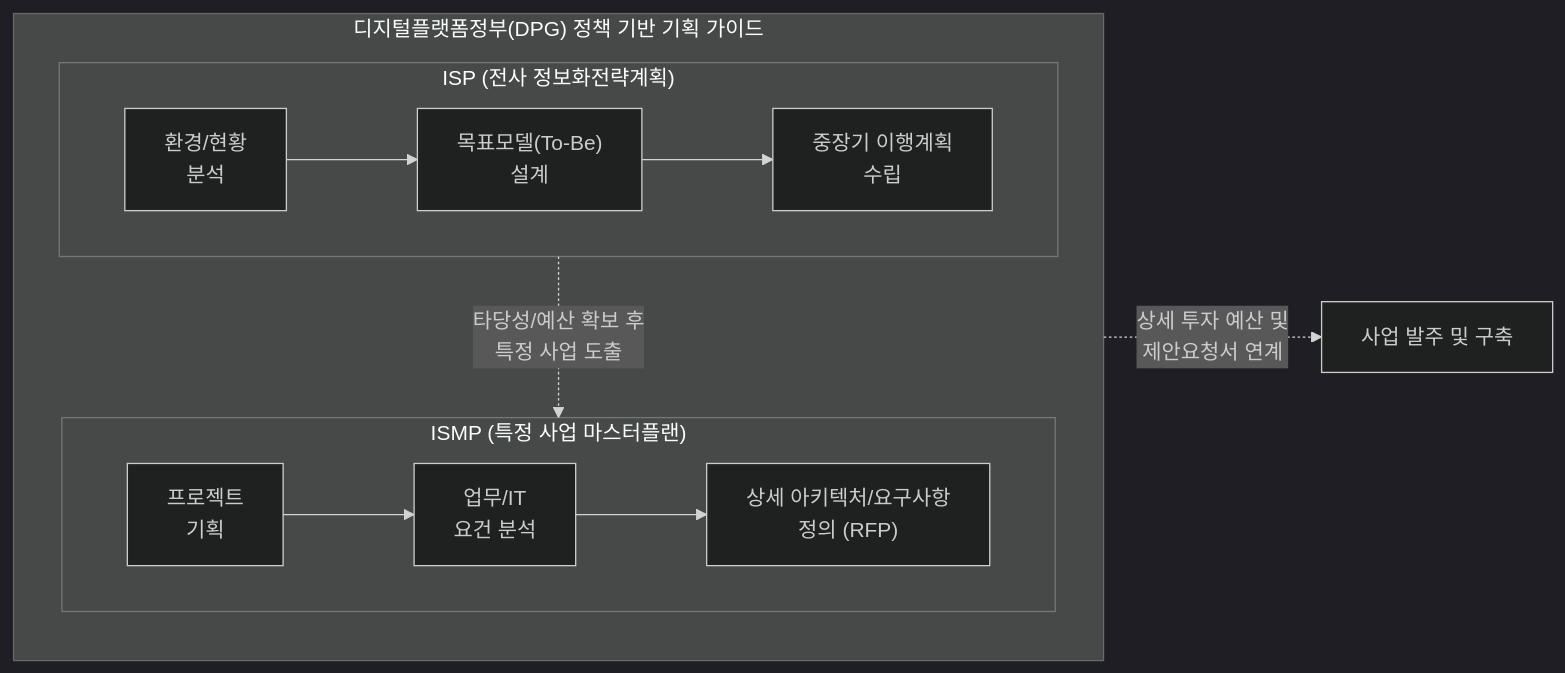
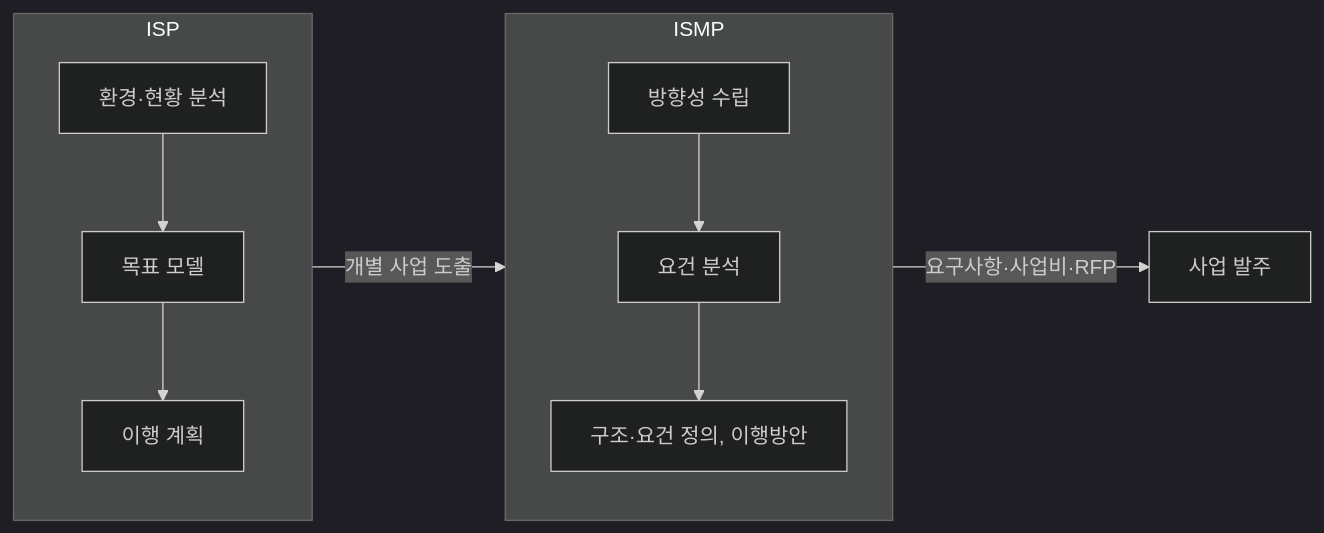
Before and after one commit to supremethumb/supremethumb.github.io: the diagram in content/01_IT Tech/ISP 및 ISMP 수립 공통가이드 9판(2025.05).md, drawn with Mermaid (dark theme). The commit also changed other lines of this file and 1087 other files, not shown here.

````diff
--- a/content/01_IT Tech/ISP 및 ISMP 수립 공통가이드 9판(2025.05).md
+++ b/content/01_IT Tech/ISP 및 ISMP 수립 공통가이드 9판(2025.05).md
@@ -23,20 +34,13 @@
 ```mermaid
 flowchart LR
-    subgraph DPG["디지털플랫폼정부(DPG) 정책 기반 기획 가이드"]
+    subgraph ISP["ISP"]
         direction TB
-        subgraph ISP["ISP (전사 정보화전략계획)"]
-            direction LR
-            A1["환경/현황<br/>분석"] --> A2["목표모델(To-Be)<br/>설계"]
-            A2 --> A3["중장기 이행계획<br/>수립"]
-        end
-        subgraph ISMP["ISMP (특정 사업 마스터플랜)"]
-            direction LR
-            B1["프로젝트<br/>기획"] --> B2["업무/IT<br/>요건 분석"]
-            B2 --> B3["상세 아키텍처/요구사항<br/>정의 (RFP)"]
-        end
+        A1["환경·현황 분석"] --> A2["목표 모델"] --> A3["이행 계획"]
     end
-    
-    ISP -.->|"타당성/예산 확보 후<br/>특정 사업 도출"| ISMP
-    ISMP -.->|"상세 투자 예산 및<br/>제안요청서 연계"| GO["사업 발주 및 구축"]
-
+    subgraph ISMP["ISMP"]
+        direction TB
+        B1["방향성 수립"] --> B2["요건 분석"] --> B3["구조·요건 정의, 이행방안"]
+    end
+    ISP -->|"개별 사업 도출"| ISMP
+    ISMP -->|"요구사항·사업비·RFP"| GO["사업 발주"]
 ```
````
